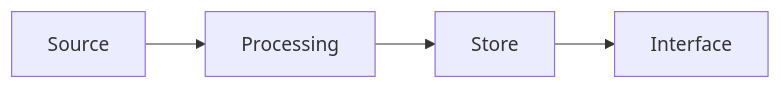
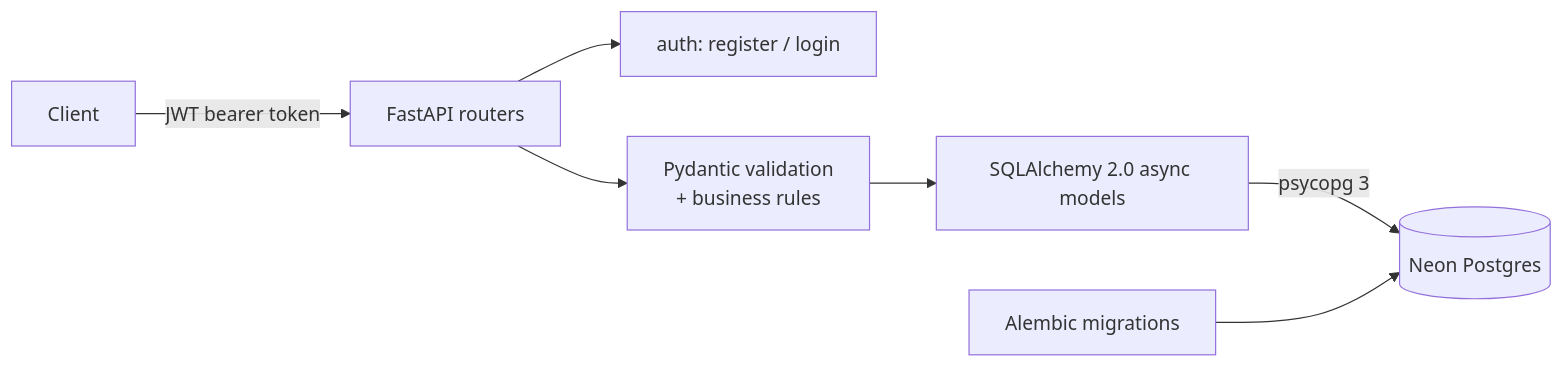
Before and after one commit to Prithv122/fastapi-service: the diagram in README.md, drawn with Mermaid. The commit also changed other lines of this file and 7 other files, not shown here.

````diff
--- a/README.md
+++ b/README.md
@@ -30,6 +43,9 @@
 ```mermaid
 flowchart LR
-    A[Source] --> B[Processing]
-    B --> C[Store]
-    C --> D[Interface]
+    Client -->|JWT bearer token| API[FastAPI routers]
+    API --> Auth[auth: register / login]
+    API --> Biz[Pydantic validation<br/>+ business rules]
+    Biz --> ORM[SQLAlchemy 2.0 async models]
+    ORM -->|psycopg 3| DB[(Neon Postgres)]
+    Alembic[Alembic migrations] --> DB
 ```
````
